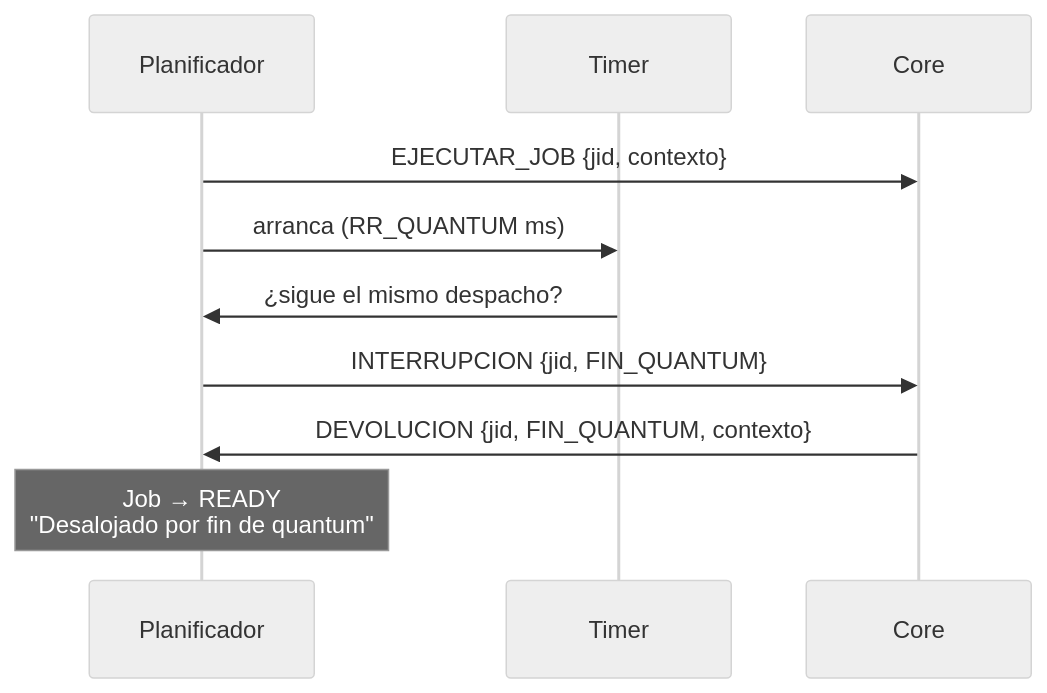
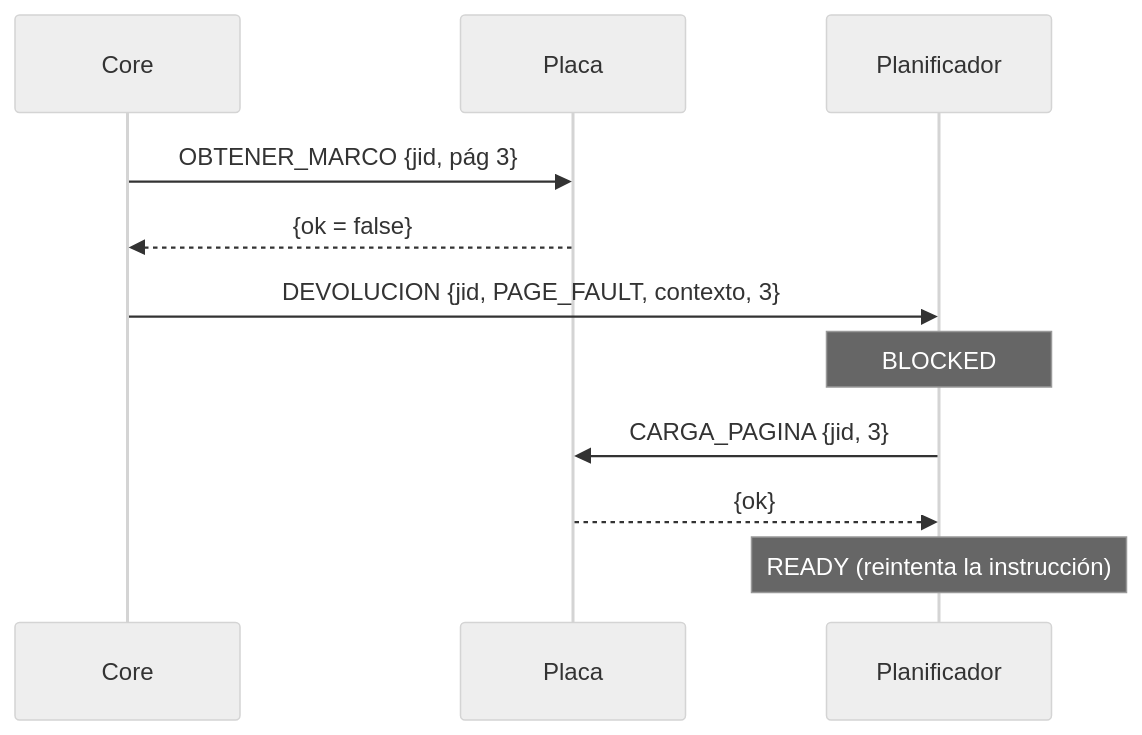
The fourth of 5 diagrams in Presentación - Funcionamiento del TP.md (Aglucian/doc-tp-entrenados), drawn with Mermaid (neutral theme) before and after one commit. The commit also changed other lines of this file and 5 other files, not shown here.

Commit message:
Reorganizo la presentación del TP en 8 secciones y agrego su PDF con los diagramas dibujados

````diff
--- a/Presentación - Funcionamiento del TP.md
+++ b/Presentación - Funcionamiento del TP.md
@@ -143,12 +142,13 @@
 ```mermaid
 sequenceDiagram
+    participant C as Core
+    participant PL as Placa
     participant P as Planificador
-    participant T as Timer
-    participant C as Core
-    P->>C: EJECUTAR_JOB {jid, contexto}
-    P->>T: arranca (RR_QUANTUM ms)
-    T->>P: ¿sigue el mismo despacho?
-    P->>C: INTERRUPCION {jid, FIN_QUANTUM}
-    C->>P: DEVOLUCION {jid, FIN_QUANTUM, contexto}
-    Note over P: Job → READY<br/>"Desalojado por fin de quantum"
+    C->>PL: OBTENER_MARCO {jid, pág 3}
+    PL-->>C: {ok = false}
+    C->>P: DEVOLUCION {jid, PAGE_FAULT, contexto, 3}
+    Note over P: BLOCKED
+    P->>PL: CARGA_PAGINA {jid, 3}
+    PL-->>P: {ok}
+    Note over P: READY (reintenta la instrucción)
 ```
````
